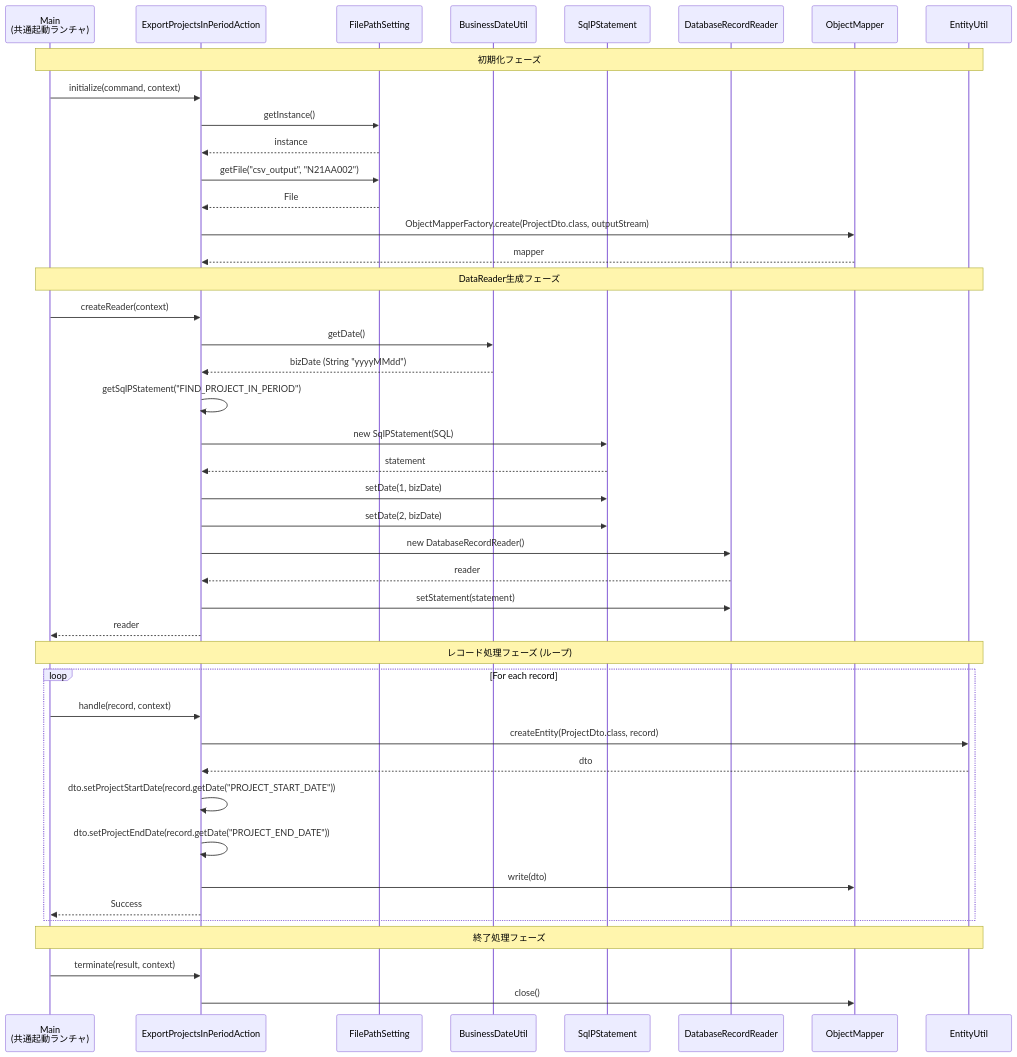
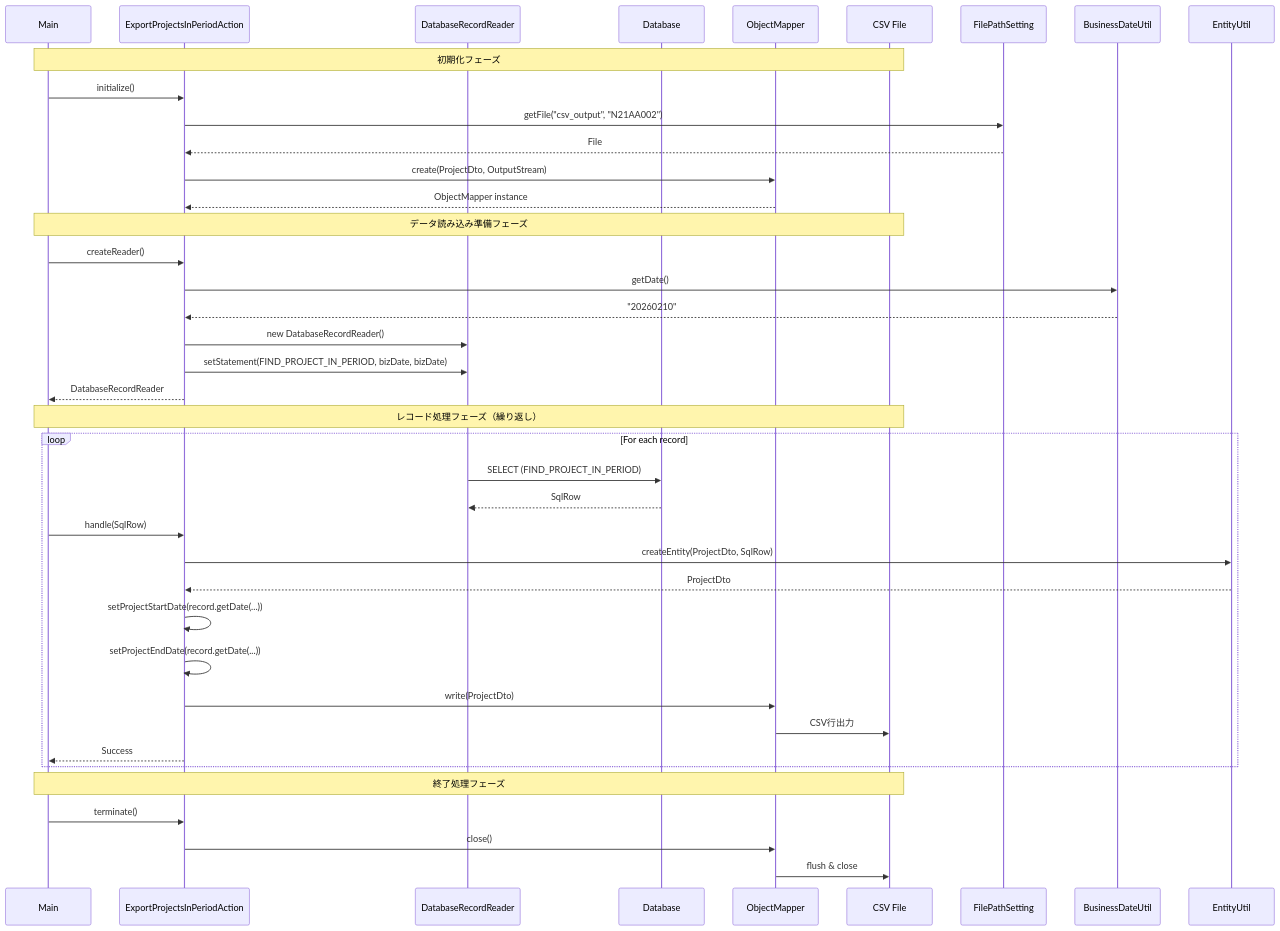
Before and after one commit to Fintan-contents/nablarch-system-development-guide: the second of 2 diagrams in Sample_Project/Source_Code/proman-project/work/20260210/code-analysis-export-projects-in-period-action.md, drawn with Mermaid. The commit also changed other lines of this file, not shown here.

First line of the commit message:
docs: ExportProjectsInPeriodActionコード分析ドキュメントを再生成

````diff
--- a/Sample_Project/Source_Code/proman-project/work/20260210/code-analysis-export-projects-in-period-action.md
+++ b/Sample_Project/Source_Code/proman-project/work/20260210/code-analysis-export-projects-in-period-action.md
@@ -110,49 +109,43 @@
 ```mermaid
 sequenceDiagram
-    participant Main as Main<br/>(共通起動ランチャ)
+    participant Main as Main
     participant Action as ExportProjectsInPeriodAction
-    participant FilePathSetting
-    participant BusinessDateUtil
-    participant SqlPStatement
-    participant DatabaseRecordReader
-    participant ObjectMapper
-    participant EntityUtil
+    participant Reader as DatabaseRecordReader
+    participant DB as Database
+    participant Mapper as ObjectMapper
+    participant File as CSV File
 
-    Note over Main,EntityUtil: 初期化フェーズ
-    Main->>Action: initialize(command, context)
-    Action->>FilePathSetting: getInstance()
-    FilePathSetting-->>Action: instance
+    Note over Main,File: 初期化フェーズ
+    Main->>Action: initialize()
     Action->>FilePathSetting: getFile("csv_output", "N21AA002")
     FilePathSetting-->>Action: File
-    Action->>ObjectMapper: ObjectMapperFactory.create(ProjectDto.class, outputStream)
-    ObjectMapper-->>Action: mapper
+    Action->>Mapper: create(ProjectDto, OutputStream)
+    Mapper-->>Action: ObjectMapper instance
 
-    Note over Main,EntityUtil: DataReader生成フェーズ
-    Main->>Action: createReader(context)
+    Note over Main,File: データ読み込み準備フェーズ
+    Main->>Action: createReader()
     Action->>BusinessDateUtil: getDate()
-    BusinessDateUtil-->>Action: bizDate (String "yyyyMMdd")
-    Action->>Action: getSqlPStatement("FIND_PROJECT_IN_PERIOD")
-    Action->>SqlPStatement: new SqlPStatement(SQL)
-    SqlPStatement-->>Action: statement
-    Action->>SqlPStatement: setDate(1, bizDate)
-    Action->>SqlPStatement: setDate(2, bizDate)
-    Action->>DatabaseRecordReader: new DatabaseRecordReader()
-    DatabaseRecordReader-->>Action: reader
-    Action->>DatabaseRecordReader: setStatement(statement)
-    Action-->>Main: reader
+    BusinessDateUtil-->>Action: "20260210"
+    Action->>Reader: new DatabaseRecordReader()
+    Action->>Reader: setStatement(FIND_PROJECT_IN_PERIOD, bizDate, bizDate)
+    Action-->>Main: DatabaseRecordReader
 
-    Note over Main,EntityUtil: レコード処理フェーズ (ループ)
+    Note over Main,File: レコード処理フェーズ（繰り返し）
     loop For each record
-        Main->>Action: handle(record, context)
-        Action->>EntityUtil: createEntity(ProjectDto.class, record)
-        EntityUtil-->>Action: dto
-        Action->>Action: dto.setProjectStartDate(record.getDate("PROJECT_START_DATE"))
-        Action->>Action: dto.setProjectEndDate(record.getDate("PROJECT_END_DATE"))
-        Action->>ObjectMapper: write(dto)
+        Reader->>DB: SELECT (FIND_PROJECT_IN_PERIOD)
+        DB-->>Reader: SqlRow
+        Main->>Action: handle(SqlRow)
+        Action->>EntityUtil: createEntity(ProjectDto, SqlRow)
+        EntityUtil-->>Action: ProjectDto
+        Action->>Action: setProjectStartDate(record.getDate(...))
+        Action->>Action: setProjectEndDate(record.getDate(...))
+        Action->>Mapper: write(ProjectDto)
+        Mapper->>File: CSV行出力
         Action-->>Main: Success
     end
 
-    Note over Main,EntityUtil: 終了処理フェーズ
-    Main->>Action: terminate(result, context)
-    Action->>ObjectMapper: close()
+    Note over Main,File: 終了処理フェーズ
+    Main->>Action: terminate()
+    Action->>Mapper: close()
+    Mapper->>File: flush & close
 ```
````
